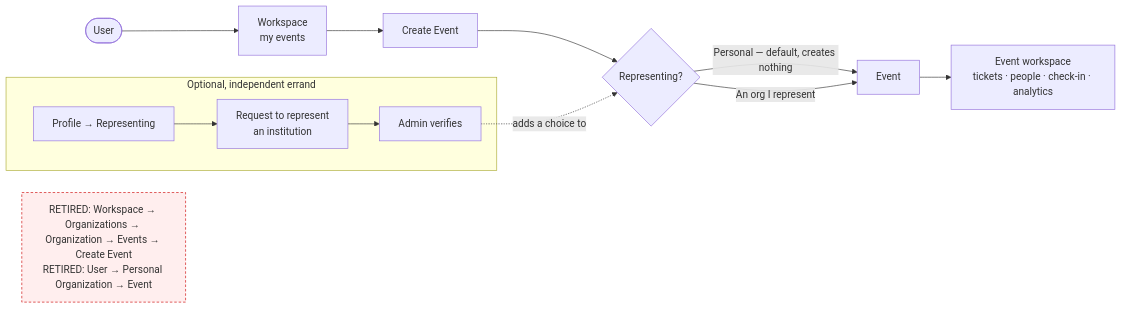
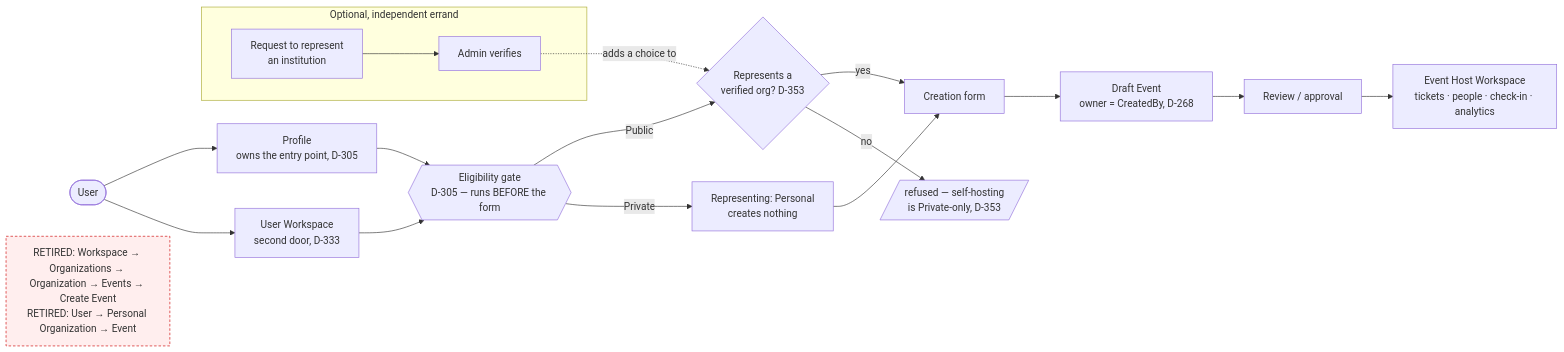
The first of 14 diagrams in docs/architecture/diagrams.md (chaitanyareddykarri/kurx), drawn with Mermaid before and after one commit. The commit also changed other lines of this file and 155 other files, not shown here.

````diff
--- a/docs/architecture/diagrams.md
+++ b/docs/architecture/diagrams.md
@@ -21,18 +21,23 @@
 ```mermaid
 flowchart LR
-    U([User]) --> W[Workspace<br/>my events]
-    W --> C[Create Event]
-    C --> R{Representing?}
-    R -->|Personal — default, creates nothing| E[Event]
-    R -->|An org I represent| E
-    E --> M[Event workspace<br/>tickets · people · check-in · analytics]
+    U([User]) --> P[Profile<br/>owns the entry point, D-305]
+    U --> W[User Workspace<br/>second door, D-333]
+    P --> G{{Eligibility gate<br/>D-305 — runs BEFORE the form}}
+    W --> G
+    G -->|Public| PUB{Represents a<br/>verified org? D-353}
+    G -->|Private| PRIV[Representing: Personal<br/>creates nothing]
+    PUB -->|yes| F[Creation form]
+    PUB -->|no| BLOCK[/refused — self-hosting<br/>is Private-only, D-353/]
+    PRIV --> F
+    F --> E[Draft Event<br/>owner = CreatedBy, D-268]
+    E --> RV[Review / approval]
+    RV --> M[Event Host Workspace<br/>tickets · people · check-in · analytics]
 
     subgraph optional [Optional, independent errand]
-        P[Profile → Representing] --> RQ[Request to represent<br/>an institution]
-        RQ --> AV[Admin verifies]
+        RQ[Request to represent<br/>an institution] --> AV[Admin verifies]
     end
-    AV -. adds a choice to .-> R
+    AV -. adds a choice to .-> PUB
 
     classDef gone fill:#fee,stroke:#c00,stroke-dasharray:4 3;
     X["RETIRED: Workspace → Organizations → Organization → Events → Create Event<br/>RETIRED: User → Personal Organization → Event"]:::gone
 ```
````
